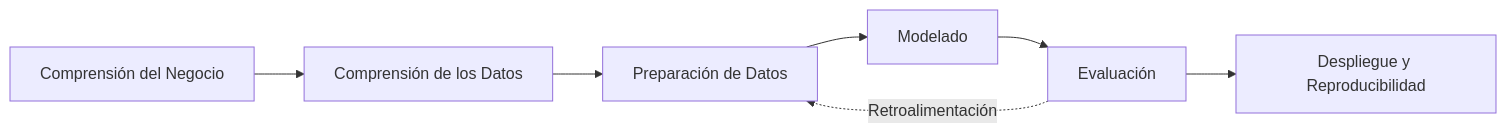
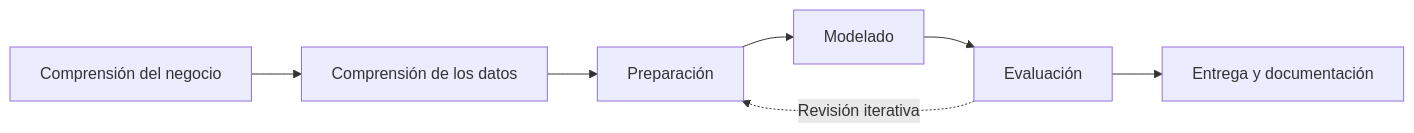
The diagram in README.md (Zevk4/Ev3-ml-spotify), drawn with Mermaid before and after one commit. The commit also changed other lines of this file, not shown here.

Commit message:
Actualización del Readme

````diff
--- a/README.md
+++ b/README.md
@@ -66,10 +113,9 @@
 ```mermaid
 flowchart LR
-    A[Comprensión del Negocio] --> B[Comprensión de los Datos]
-    B --> C[Preparación de Datos]
+    A[Comprensión del negocio] --> B[Comprensión de los datos]
+    B --> C[Preparación]
     C --> D[Modelado]
     D --> E[Evaluación]
-    E --> F[Despliegue y Reproducibilidad]
-    E -. Retroalimentación .-> C
-
+    E --> F[Entrega y documentación]
+    E -. Revisión iterativa .-> C
 ```
````
